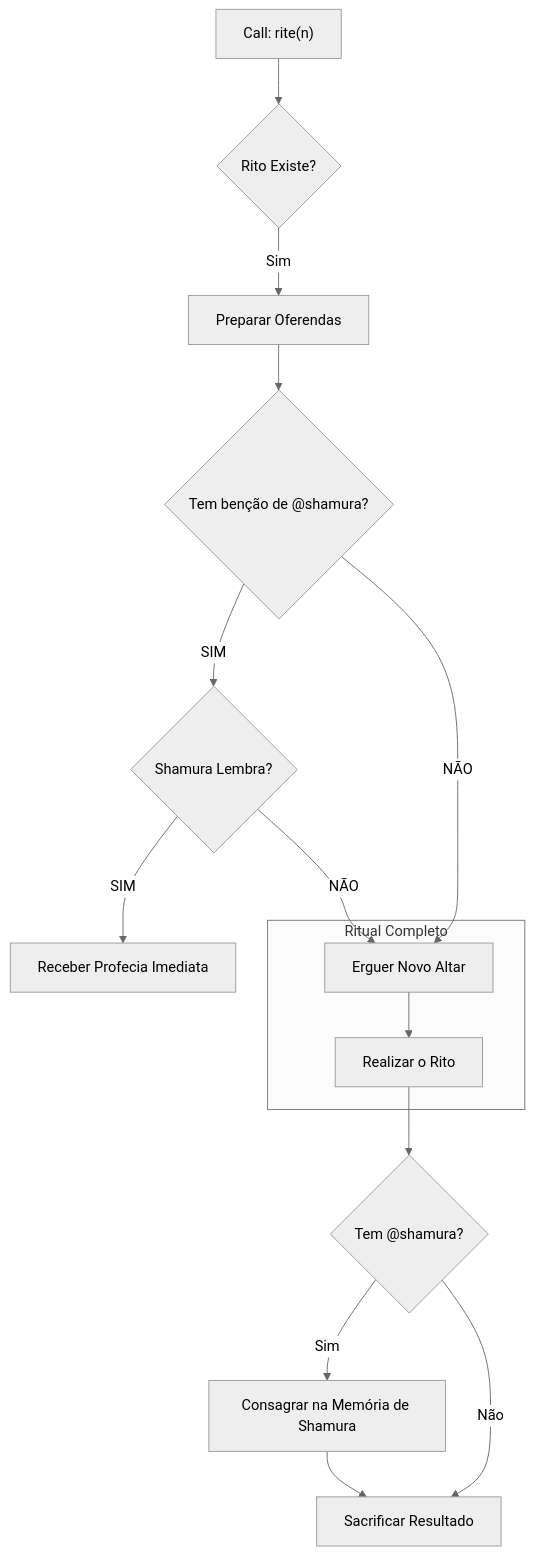
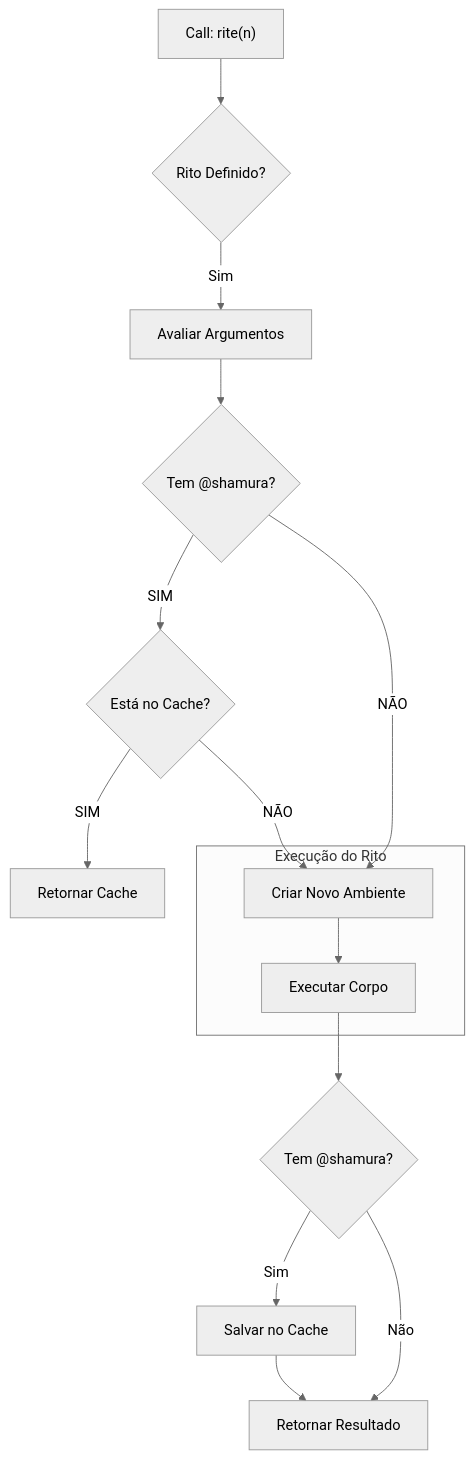
Before and after one commit to EduLoboM/OldFaith: the third of 3 diagrams in documentation/interpreter.md, drawn with Mermaid (neutral theme). The commit also changed other lines of this file and 1 other file, not shown here.

````diff
--- a/documentation/interpreter.md
+++ b/documentation/interpreter.md
@@ -48,27 +48,27 @@
 ```mermaid
 graph TD
 
-    Start["Call: rite(n)"]:::start --> CheckRite{Rito Existe?}:::check
-    CheckRite -- Sim --> Args[Preparar Oferendas]:::calc
+    Start["Call: rite(n)"]:::start --> CheckRite{Rito Definido?}:::check
+    CheckRite -- Sim --> Args[Avaliar Argumentos]:::calc
     
     %% O Ponto Chave
-    Args --> CheckShamura{Tem benção de @shamura?}:::check
+    Args --> CheckShamura{Tem @shamura?}:::check
     
     %% Caminho do Coelho
-    CheckShamura -- SIM --> CheckCache{Shamura Lembra?}:::cachehit
-    CheckCache -- SIM --> ReturnCache[Receber Profecia Imediata]:::endnode
+    CheckShamura -- SIM --> CheckCache{Está no Cache?}:::cachehit
+    CheckCache -- SIM --> ReturnCache[Retornar Cache]:::endnode
     
     %% Caminho Lento (Cálculo)
     CheckCache -- NÃO --> CalcReal
     CheckShamura -- NÃO --> CalcReal
     
-    subgraph Execution [Ritual Completo]
-        CalcReal[Erguer Novo Altar]:::calc
-        CalcReal --> RunBody[Realizar o Rito]:::calc
+    subgraph Execution [Execução do Rito]
+        CalcReal[Criar Novo Ambiente]:::calc
+        CalcReal --> RunBody[Executar Corpo]:::calc
     end
     
     RunBody --> ShouldSave{Tem @shamura?}:::check
-    ShouldSave -- Sim --> Save[Consagrar na Memória de Shamura]:::save
-    Save --> Return[Sacrificar Resultado]:::endnode
+    ShouldSave -- Sim --> Save[Salvar no Cache]:::save
+    Save --> Return[Retornar Resultado]:::endnode
     ShouldSave -- Não --> Return
 ```
````
